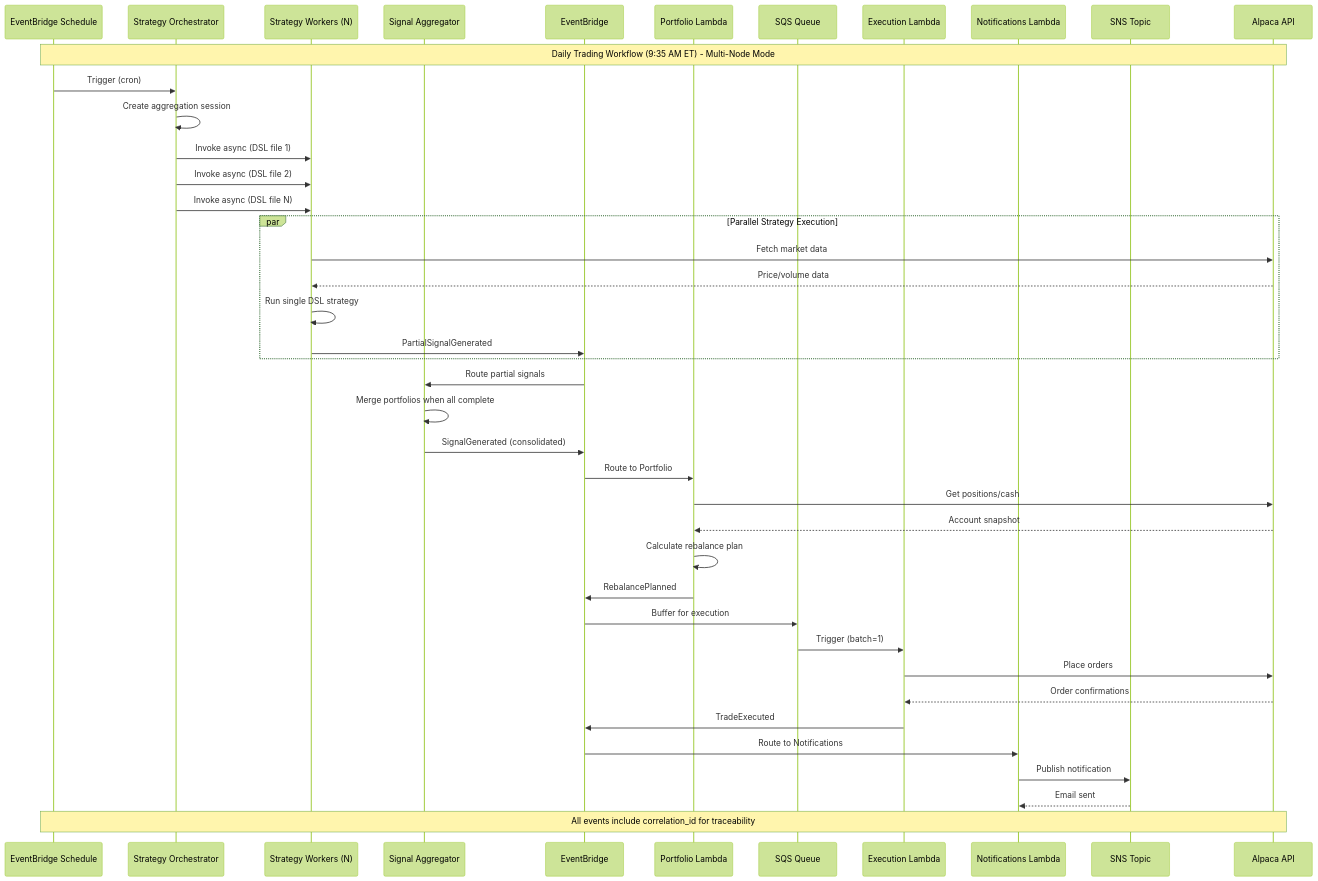
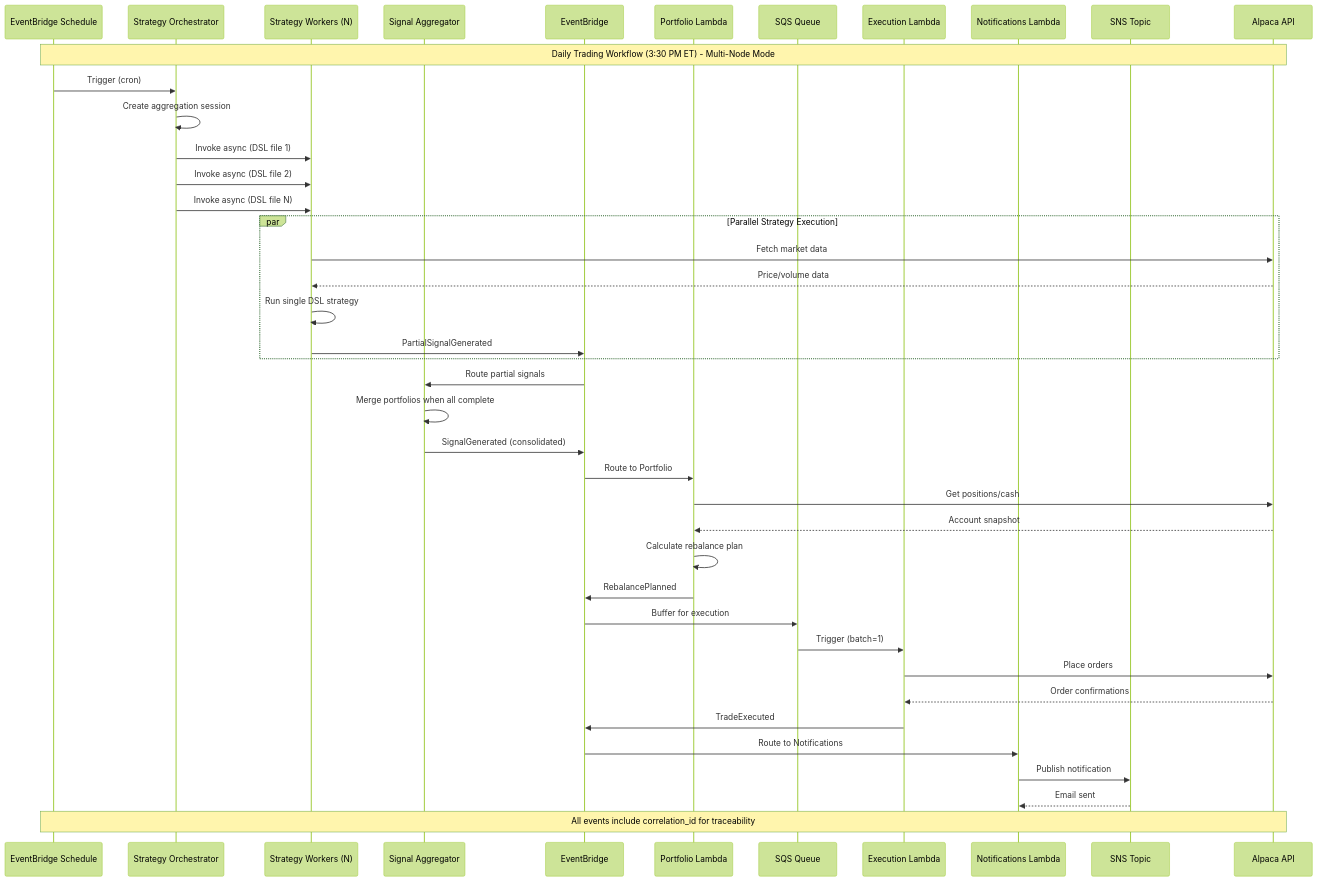
The second of 2 diagrams in README.md (Josh-moreton/alchemiser-quant), drawn with Mermaid (forest theme) before and after one commit. The commit also changed other lines of this file and 9 other files, not shown here.

````diff
--- a/README.md
+++ b/README.md
@@ -125,51 +125,51 @@
 ```mermaid
 sequenceDiagram
     participant Sched as EventBridge Schedule
     participant SO as Strategy Orchestrator
     participant SW as Strategy Workers (N)
     participant SA as Signal Aggregator
     participant EB as EventBridge
     participant P as Portfolio Lambda
     participant SQS as SQS Queue
     participant E as Execution Lambda
     participant N as Notifications Lambda
     participant SNS as SNS Topic
     participant A as Alpaca API
 
-    Note over Sched,A: Daily Trading Workflow (9:35 AM ET) - Multi-Node Mode
+    Note over Sched,A: Daily Trading Workflow (3:30 PM ET) - Multi-Node Mode
 
     Sched->>SO: Trigger (cron)
     SO->>SO: Create aggregation session
     SO->>SW: Invoke async (DSL file 1)
     SO->>SW: Invoke async (DSL file 2)
     SO->>SW: Invoke async (DSL file N)
     
     par Parallel Strategy Execution
         SW->>A: Fetch market data
         A-->>SW: Price/volume data
         SW->>SW: Run single DSL strategy
         SW->>EB: PartialSignalGenerated
     end
 
     EB->>SA: Route partial signals
     SA->>SA: Merge portfolios when all complete
     SA->>EB: SignalGenerated (consolidated)
 
     EB->>P: Route to Portfolio
     P->>A: Get positions/cash
     A-->>P: Account snapshot
     P->>P: Calculate rebalance plan
     P->>EB: RebalancePlanned
 
     EB->>SQS: Buffer for execution
     SQS->>E: Trigger (batch=1)
     E->>A: Place orders
     A-->>E: Order confirmations
     E->>EB: TradeExecuted
 
     EB->>N: Route to Notifications
     N->>SNS: Publish notification
     SNS-->>N: Email sent
 
     Note over Sched,A: All events include correlation_id for traceability
 ```
````
